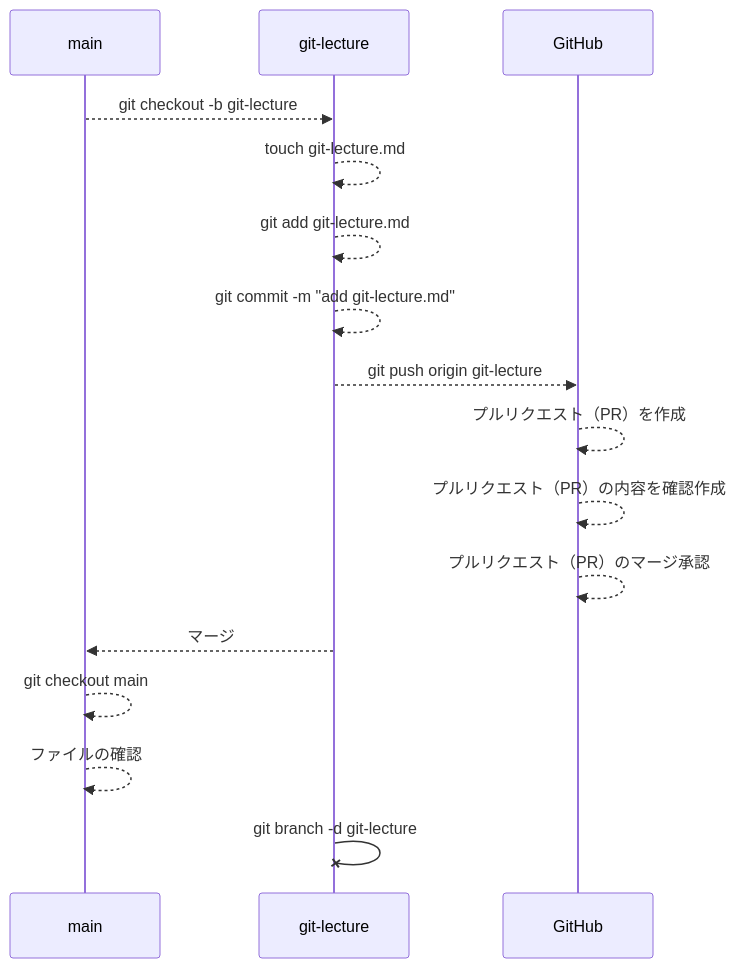
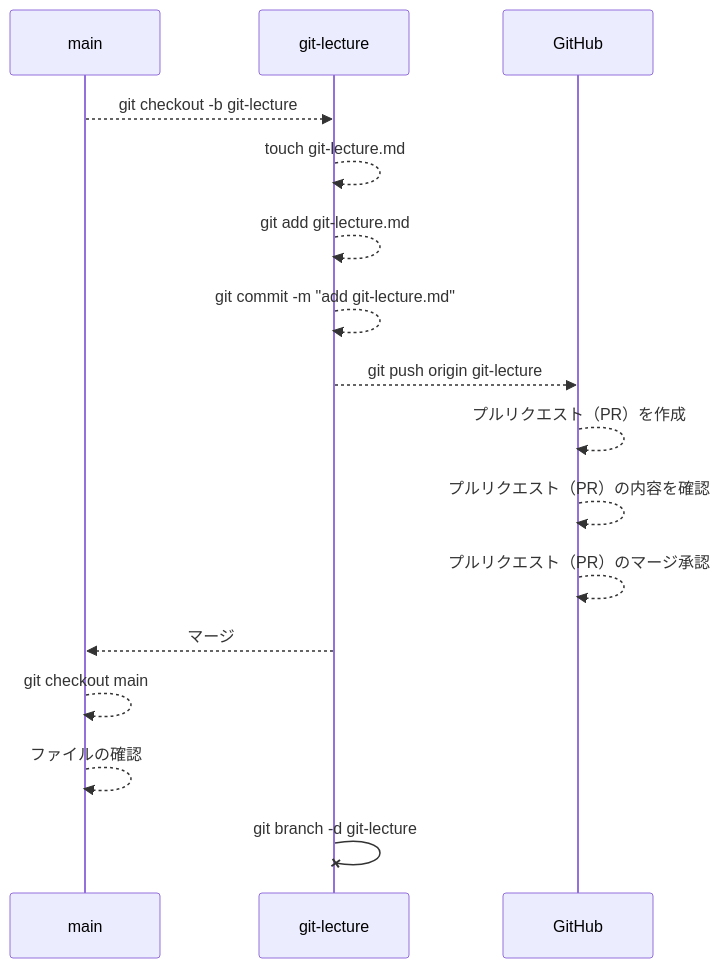
One commit to MasatoshiMizumoto/raisetech_documents changed diagram 11 of 11 in aws/docs/git_lecture.md. Above: the diagram before and after it, drawn with Mermaid. The commit also changed other lines of this file, not shown here.

````diff
--- a/aws/docs/git_lecture.md
+++ b/aws/docs/git_lecture.md
@@ -287,18 +287,18 @@
 ```mermaid
 sequenceDiagram
   participant A as main
   participant B as git-lecture
   participant C as GitHub
   A-->>B: git checkout -b git-lecture
   B-->>B: touch git-lecture.md
   B-->>B: git add git-lecture.md
   B-->>B: git commit -m "add git-lecture.md"
   B-->>C: git push origin git-lecture
   C-->>C: プルリクエスト（PR）を作成
-  C-->>C: プルリクエスト（PR）の内容を確認作成
+  C-->>C: プルリクエスト（PR）の内容を確認
   C-->>C: プルリクエスト（PR）のマージ承認
   B-->>A: マージ
   A-->>A: git checkout main
   A-->>A: ファイルの確認
   B-xB: git branch -d git-lecture
 ```
````
